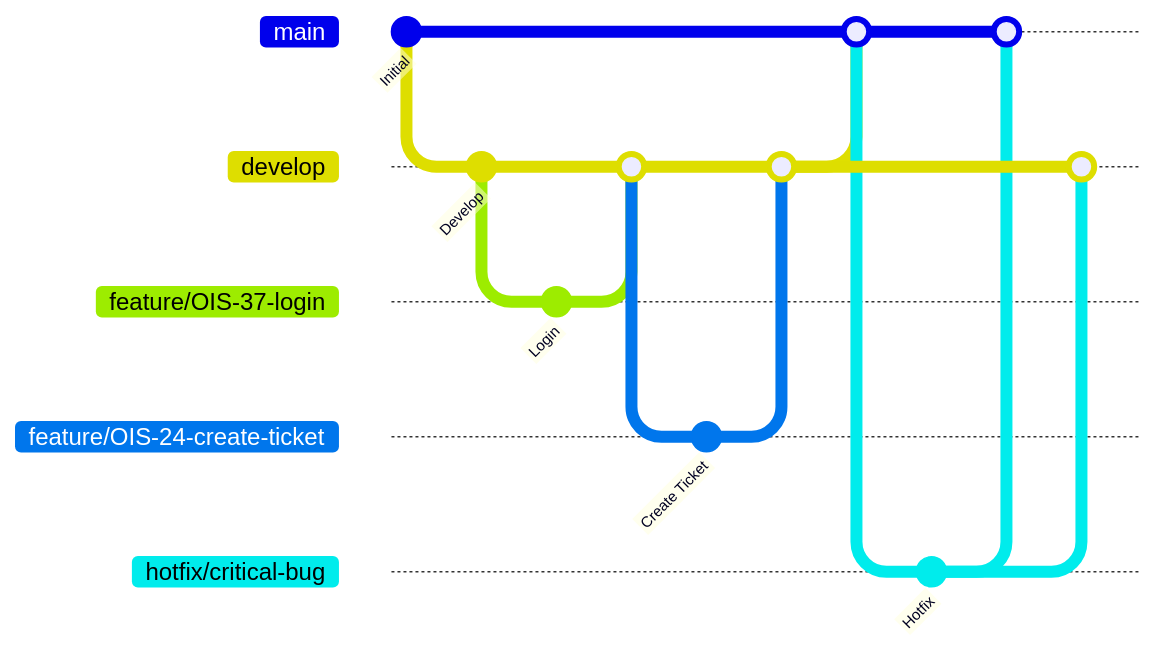
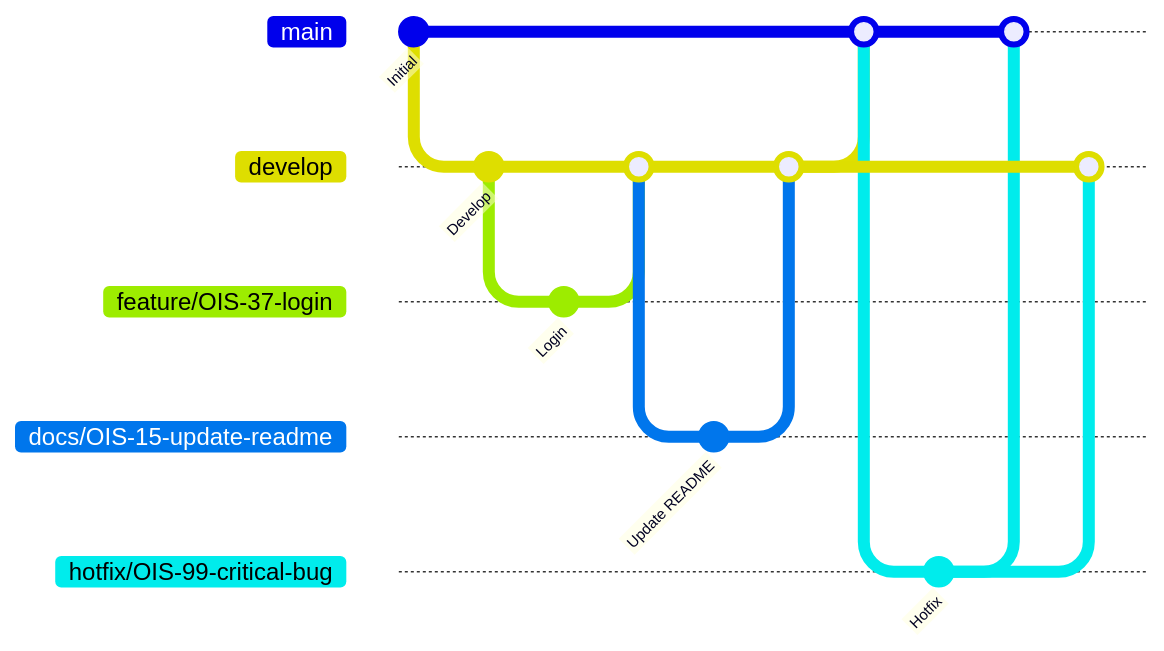
Before and after one commit to OzasaHitomi/helpdesk-BE: the second of 2 diagrams in README.md, drawn with Mermaid. The commit also changed other lines of this file, not shown here.

````diff
--- a/README.md
+++ b/README.md
@@ -45,35 +75,35 @@
 ```mermaid
 gitGraph
     commit id:"Initial"
 
     branch develop
     checkout develop
     commit id:"Develop"
 
     branch feature/OIS-37-login
     checkout feature/OIS-37-login
     commit id:"Login"
 
     checkout develop
     merge feature/OIS-37-login
 
-    branch feature/OIS-24-create-ticket
-    checkout feature/OIS-24-create-ticket
-    commit id:"Create Ticket"
+    branch docs/OIS-15-update-readme
+    checkout docs/OIS-15-update-readme
+    commit id:"Update README"
 
     checkout develop
-    merge feature/OIS-24-create-ticket
+    merge docs/OIS-15-update-readme
 
     checkout main
     merge develop
 
-    branch hotfix/critical-bug
-    checkout hotfix/critical-bug
+    branch hotfix/OIS-99-critical-bug
+    checkout hotfix/OIS-99-critical-bug
     commit id:"Hotfix"
 
     checkout main
-    merge hotfix/critical-bug
+    merge hotfix/OIS-99-critical-bug
 
     checkout develop
-    merge hotfix/critical-bug
+    merge hotfix/OIS-99-critical-bug
 ```
````
